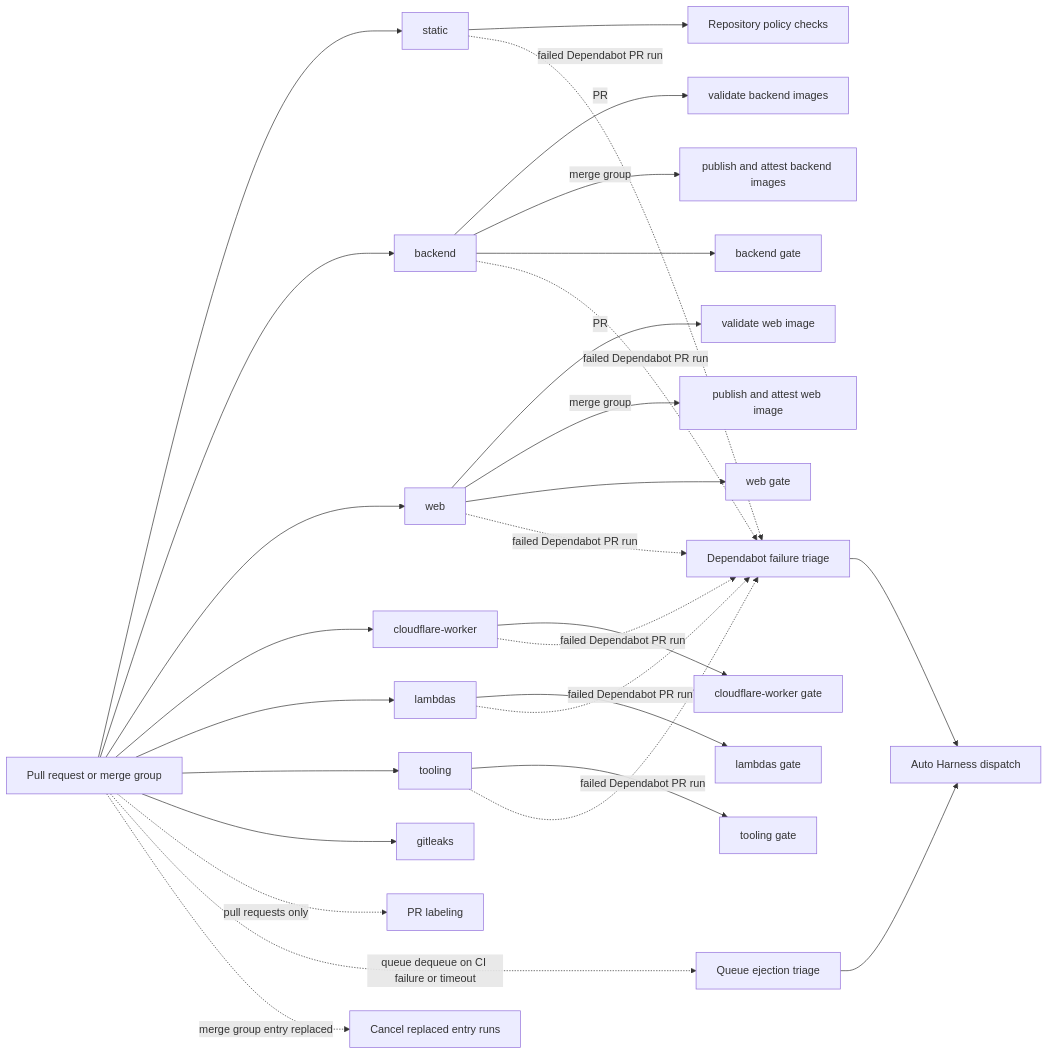
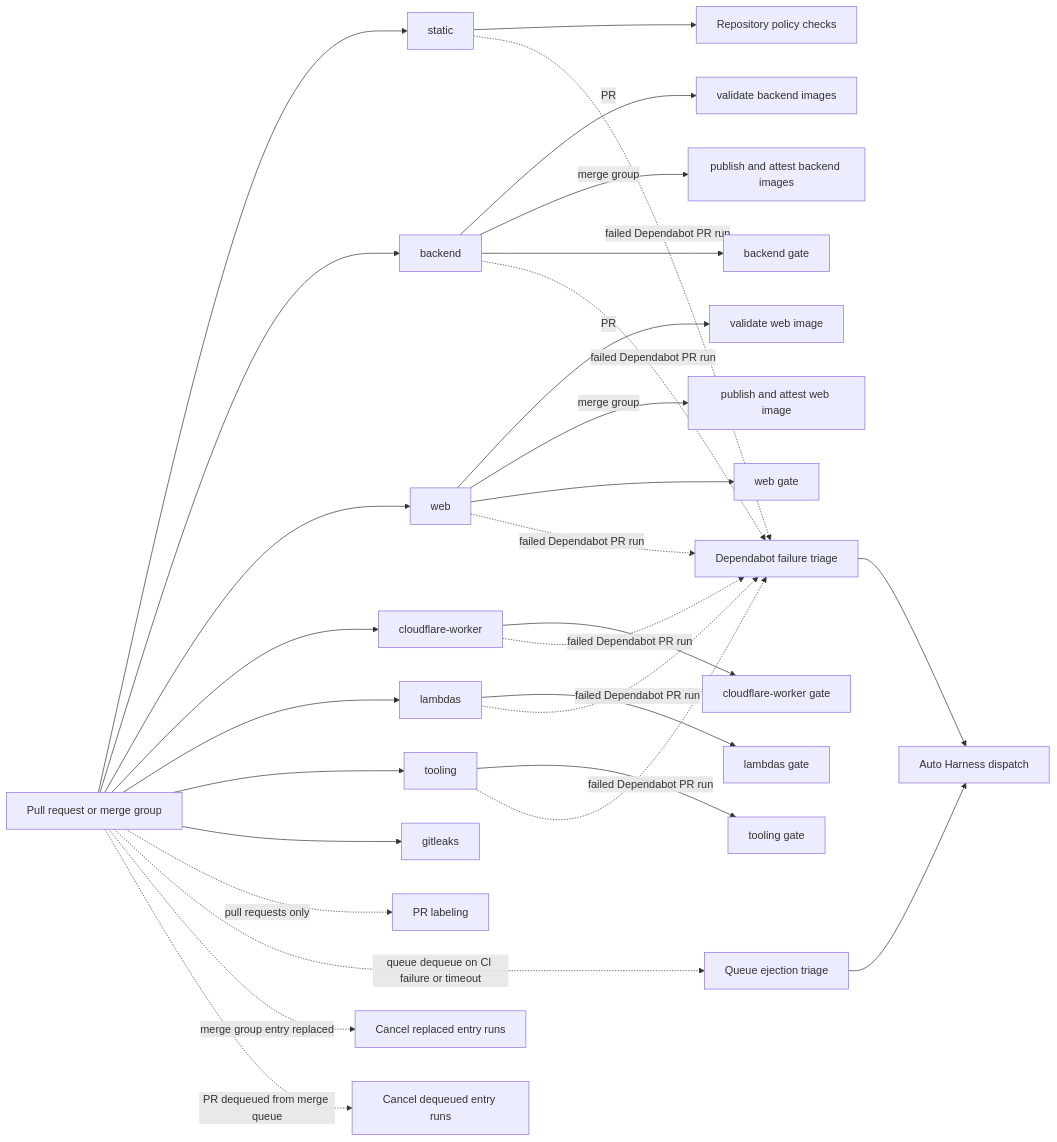
One commit to vouchington/vouchington changed the diagram in docs/development/ci/workflows/reference-workflow-automation-pull-requests.md. Above: the diagram before and after it, drawn with Mermaid. The commit also changed other lines of this file and 12 other files, not shown here.

First line of the commit message:
ci(merge-queue): cancel runs of dequeued merge-group entries

````diff
--- a/docs/development/ci/workflows/reference-workflow-automation-pull-requests.md
+++ b/docs/development/ci/workflows/reference-workflow-automation-pull-requests.md
@@ -12,25 +12,26 @@
 ```mermaid
 flowchart LR
   event[Pull request or merge group] --> static[static]
   static --> static-code-analysis[Repository policy checks]
   event --> backend[backend]
   backend -->|PR| backendValidate[validate backend images]
   backend -->|merge group| backendPublish[publish and attest backend images]
   event --> web[web]
   web -->|PR| webValidate[validate web image]
   web -->|merge group| webPublish[publish and attest web image]
   event --> cloudflare-worker[cloudflare-worker]
   event --> lambdas[lambdas]
   event --> tooling[tooling]
   event --> gitleaks[gitleaks]
   backend --> backendGate[backend gate]
   web --> webGate[web gate]
   cloudflare-worker --> cloudflare-worker-gate[cloudflare-worker gate]
   lambdas --> lambdasGate[lambdas gate]
   tooling --> toolingGate[tooling gate]
   event -. pull requests only .-> label-pr[PR labeling]
   static & backend & web & cloudflare-worker & lambdas & tooling -. failed Dependabot PR run .-> fix-dependabot[Dependabot failure triage]
   event -. queue dequeue on CI failure or timeout .-> merge-queue-ejection[Queue ejection triage]
   event -. merge group entry replaced .-> cancel-replaced-merge-group-runs[Cancel replaced entry runs]
+  event -. PR dequeued from merge queue .-> cancel-dequeued-merge-group-runs[Cancel dequeued entry runs]
   fix-dependabot & merge-queue-ejection --> harness-dispatch[Auto Harness dispatch]
 ```
````
